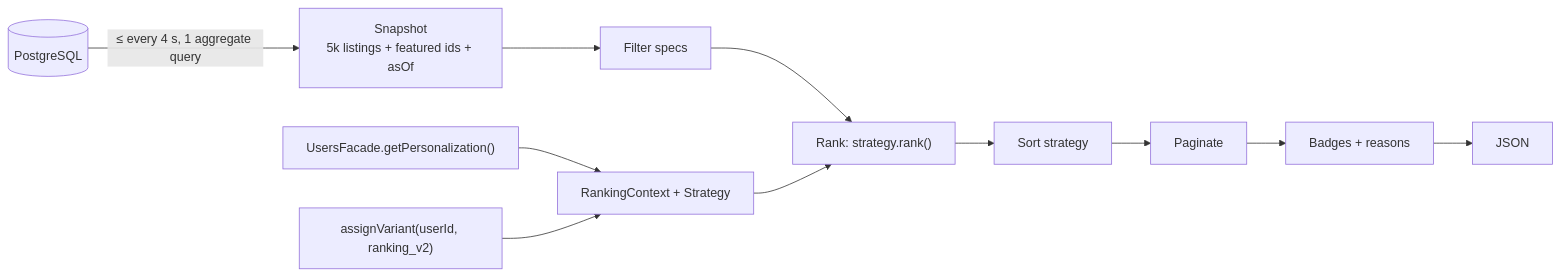
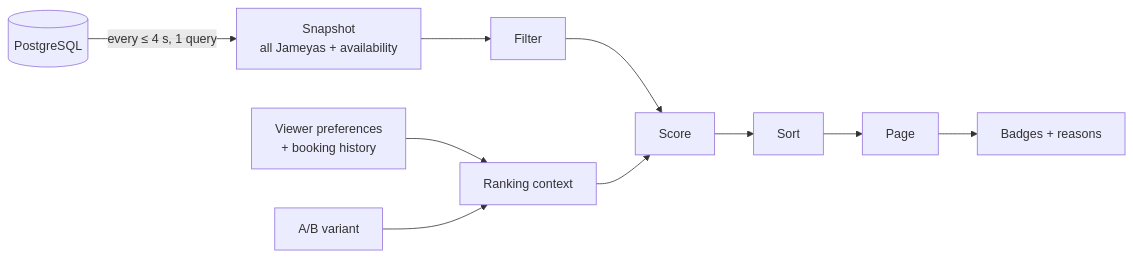
Before and after one commit to ehamamrah/Pokunity: the diagram in docs/marketplace/ranking-and-personalization.md, drawn with Mermaid. The commit also changed other lines of this file and 7 other files, not shown here.

````diff
--- a/docs/marketplace/ranking-and-personalization.md
+++ b/docs/marketplace/ranking-and-personalization.md
@@ -10,8 +7,8 @@
 ```mermaid
 flowchart LR
-  S[(PostgreSQL)] -- "≤ every 4 s, 1 aggregate query" --> SN["Snapshot<br/>5k listings + featured ids + asOf"]
-  U["UsersFacade.getPersonalization()"] --> CTX
-  X["assignVariant(userId, ranking_v2)"] --> CTX["RankingContext + Strategy"]
-  SN --> F[Filter specs] --> R["Rank: strategy.rank()"] --> O[Sort strategy] --> P[Paginate] --> B[Badges + reasons] --> J[JSON]
+  S[(PostgreSQL)] -- "every ≤ 4 s, 1 query" --> SN["Snapshot<br/>all Jameyas + availability"]
+  U["Viewer preferences<br/>+ booking history"] --> CTX["Ranking context"]
+  X["A/B variant"] --> CTX
+  SN --> F[Filter] --> R[Score] --> O[Sort] --> P[Page] --> B["Badges + reasons"]
   CTX --> R
 ```
````
